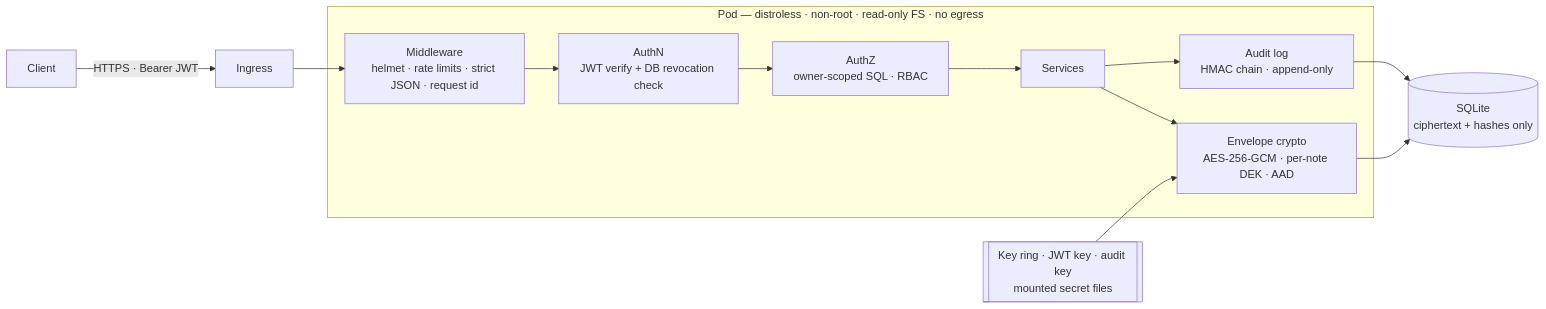
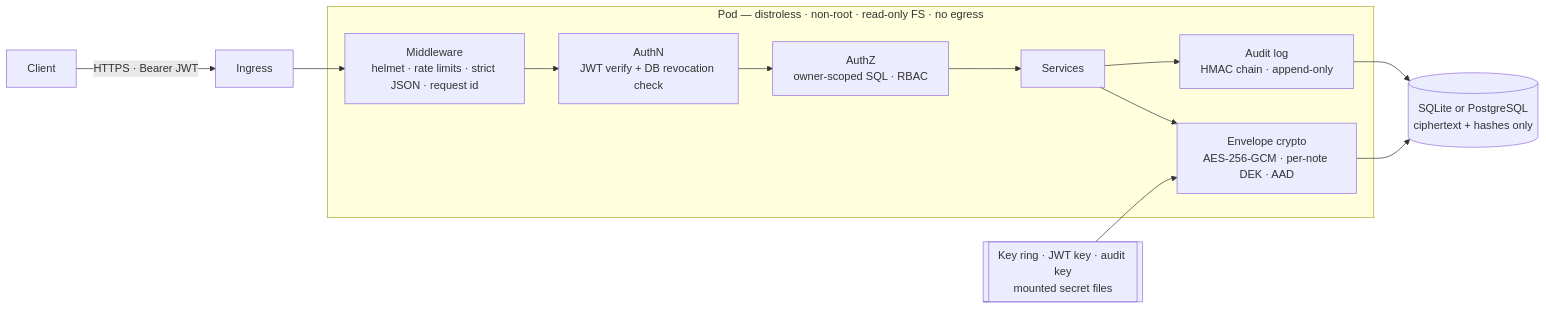
Before and after one commit to Azog1812/bastion-academy: the diagram in README.md, drawn with Mermaid. The commit also changed other lines of this file and 30 other files, not shown here.

````diff
--- a/README.md
+++ b/README.md
@@ -281,17 +281,17 @@
 ```mermaid
 flowchart LR
   C[Client] -- "HTTPS · Bearer JWT" --> I[Ingress]
   I --> M
 
   subgraph Pod["Pod — distroless · non-root · read-only FS · no egress"]
     M["Middleware<br/>helmet · rate limits · strict JSON · request id"] --> AU["AuthN<br/>JWT verify + DB revocation check"]
     AU --> AZ["AuthZ<br/>owner-scoped SQL · RBAC"]
     AZ --> SVC["Services"]
     SVC --> ENV["Envelope crypto<br/>AES-256-GCM · per-note DEK · AAD"]
     SVC --> AL["Audit log<br/>HMAC chain · append-only"]
   end
 
-  ENV --> DB[(SQLite<br/>ciphertext + hashes only)]
+  ENV --> DB[(SQLite or PostgreSQL<br/>ciphertext + hashes only)]
   AL --> DB
   KR[[Key ring · JWT key · audit key<br/>mounted secret files]] --> ENV
 ```
````
